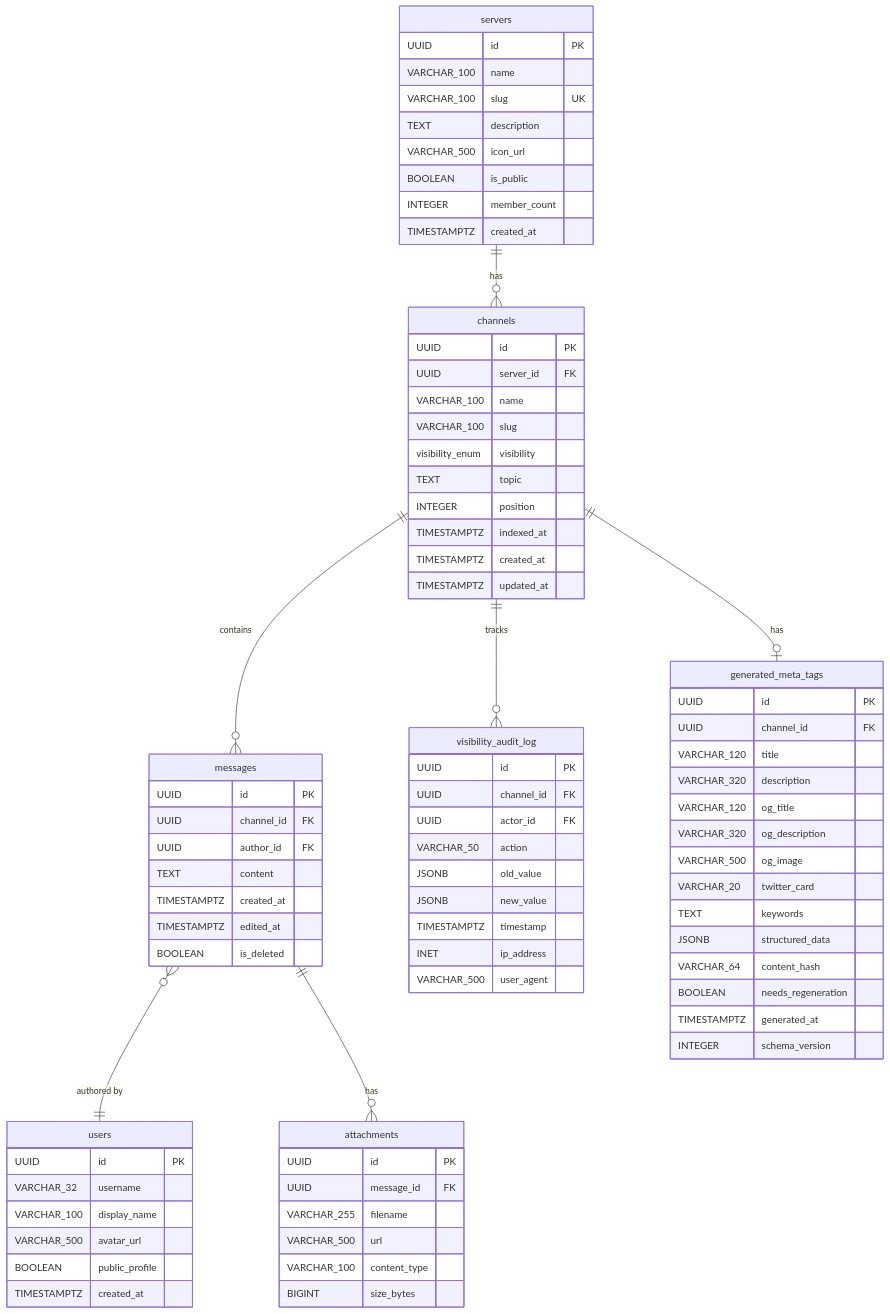
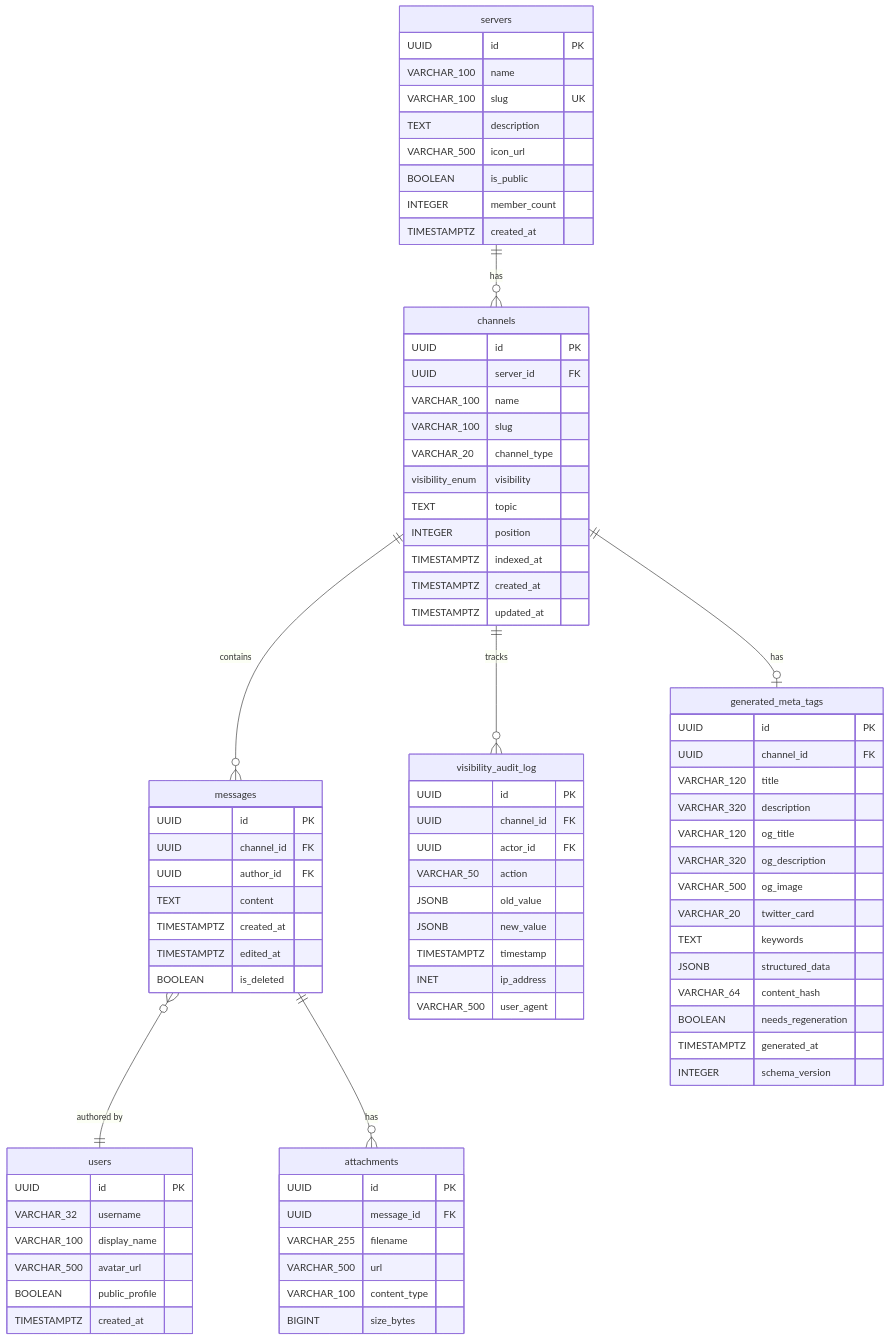
Before and after one commit to acabrera04/Harmony: the tenth of 24 diagrams in docs/unified-backend-architecture.md, drawn with Mermaid. The commit also changed other lines of this file, not shown here.

```diff
--- a/docs/unified-backend-architecture.md
+++ b/docs/unified-backend-architecture.md
@@ -721,6 +731,7 @@
         UUID server_id FK
         VARCHAR_100 name
         VARCHAR_100 slug
+        VARCHAR_20 channel_type
         visibility_enum visibility
         TEXT topic
         INTEGER position
```
